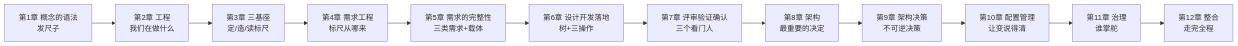
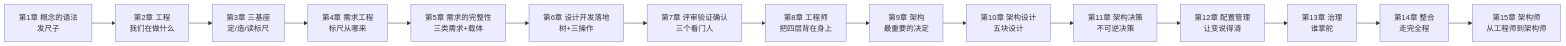
Before and after one commit to Yongjunzhou/AOS-system-design: the diagram in 50-reserch/教材书/01-第1章-概念的语法.md, drawn with Mermaid. The commit also changed other lines of this file and 50 other files, not shown here.

````diff
--- a/50-reserch/教材书/01-第1章-概念的语法.md
+++ b/50-reserch/教材书/01-第1章-概念的语法.md
@@ -426,14 +435,17 @@
 ```mermaid
 flowchart LR
     A["第1章 概念的语法<br/>发尺子"] --> B["第2章 工程<br/>我们在做什么"]
     B --> C["第3章 三基座<br/>定/造/读标尺"]
     C --> D["第4章 需求工程<br/>标尺从哪来"]
     D --> D2["第5章 需求的完整性<br/>三类需求+载体"]
     D2 --> E["第6章 设计开发落地<br/>树+三操作"]
     E --> F["第7章 评审验证确认<br/>三个看门人"]
-    F --> G["第8章 架构<br/>最重要的决定"]
-    G --> H["第9章 架构决策<br/>不可逆决策"]
-    H --> I["第10章 配置管理<br/>让变说得清"]
-    I --> J["第11章 治理<br/>谁掌舵"]
-    J --> K["第12章 整合<br/>走完全程"]
+    F --> F2["第8章 工程师<br/>把四层背在身上"]
+    F2 --> G["第9章 架构<br/>最重要的决定"]
+    G --> G2["第10章 架构设计<br/>五块设计"]
+    G2 --> H["第11章 架构决策<br/>不可逆决策"]
+    H --> I["第12章 配置管理<br/>让变说得清"]
+    I --> J["第13章 治理<br/>谁掌舵"]
+    J --> K["第14章 整合<br/>走完全程"]
+    K --> L["第15章 架构师<br/>从工程师到架构师"]
 ```
````
